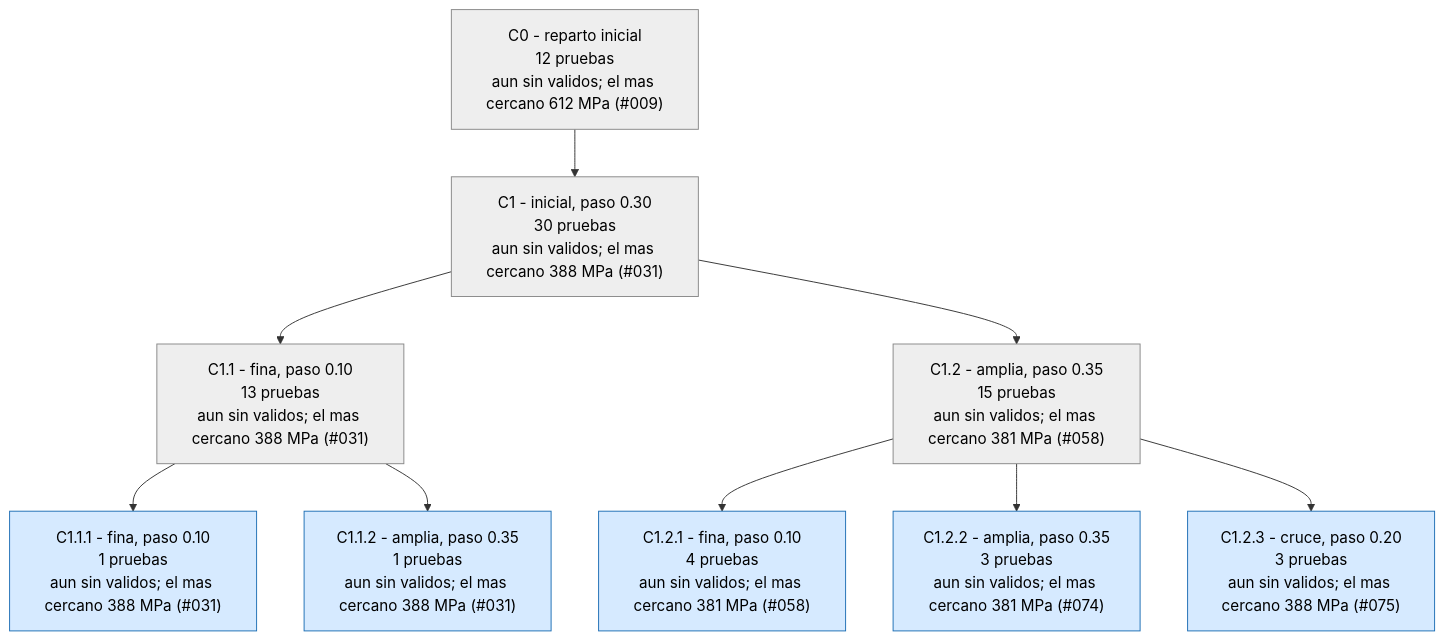
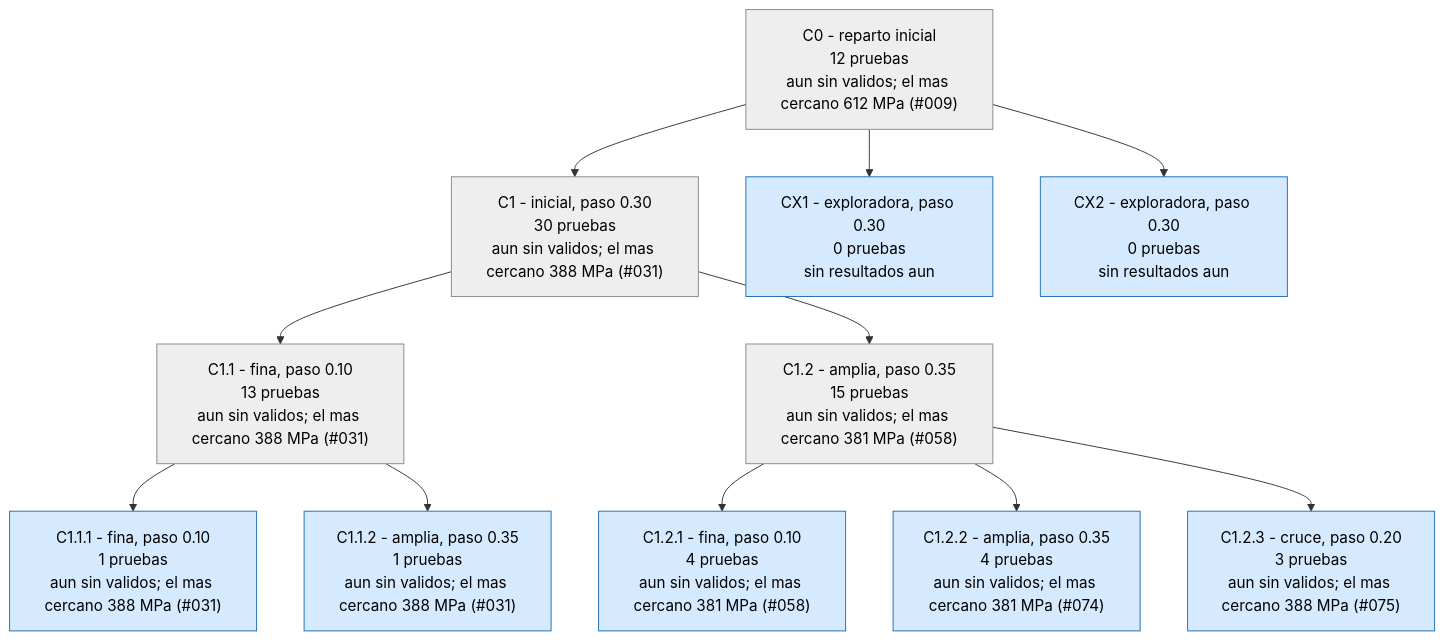
The third of 4 diagrams in runs/opt_37800N/ARBOL.md (Hugiko/msd-soporte-optimizacion), drawn with Mermaid before and after one commit. The commit also changed 21 other files, not shown here.

````diff
--- a/runs/opt_37800N/ARBOL.md
+++ b/runs/opt_37800N/ARBOL.md
@@ -97,23 +97,27 @@
 ```mermaid
 graph TD
 classDef activa fill:#d6eaff,stroke:#1f6fb5,color:#000
 classDef fin fill:#eeeeee,stroke:#888,color:#000
 classDef mejor fill:#c8f0c0,stroke:#1a9850,stroke-width:4px,color:#000
 C0["C0 - reparto inicial<br/>12 pruebas<br/>aun sin validos; el mas cercano 612 MPa (#009)"]:::fin
 C1["C1 - inicial, paso 0.30<br/>30 pruebas<br/>aun sin validos; el mas cercano 388 MPa (#031)"]:::fin
 C0 --> C1
 C1_1["C1.1 - fina, paso 0.10<br/>13 pruebas<br/>aun sin validos; el mas cercano 388 MPa (#031)"]:::fin
 C1 --> C1_1
 C1_2["C1.2 - amplia, paso 0.35<br/>15 pruebas<br/>aun sin validos; el mas cercano 381 MPa (#058)"]:::fin
 C1 --> C1_2
 C1_1_1["C1.1.1 - fina, paso 0.10<br/>1 pruebas<br/>aun sin validos; el mas cercano 388 MPa (#031)"]:::activa
 C1_1 --> C1_1_1
 C1_1_2["C1.1.2 - amplia, paso 0.35<br/>1 pruebas<br/>aun sin validos; el mas cercano 388 MPa (#031)"]:::activa
 C1_1 --> C1_1_2
 C1_2_1["C1.2.1 - fina, paso 0.10<br/>4 pruebas<br/>aun sin validos; el mas cercano 381 MPa (#058)"]:::activa
 C1_2 --> C1_2_1
-C1_2_2["C1.2.2 - amplia, paso 0.35<br/>3 pruebas<br/>aun sin validos; el mas cercano 381 MPa (#074)"]:::activa
+C1_2_2["C1.2.2 - amplia, paso 0.35<br/>4 pruebas<br/>aun sin validos; el mas cercano 381 MPa (#074)"]:::activa
 C1_2 --> C1_2_2
 C1_2_3["C1.2.3 - cruce, paso 0.20<br/>3 pruebas<br/>aun sin validos; el mas cercano 388 MPa (#075)"]:::activa
 C1_2 --> C1_2_3
+CX1["CX1 - exploradora, paso 0.30<br/>0 pruebas<br/>sin resultados aun"]:::activa
+C0 --> CX1
+CX2["CX2 - exploradora, paso 0.30<br/>0 pruebas<br/>sin resultados aun"]:::activa
+C0 --> CX2
 ```
````
